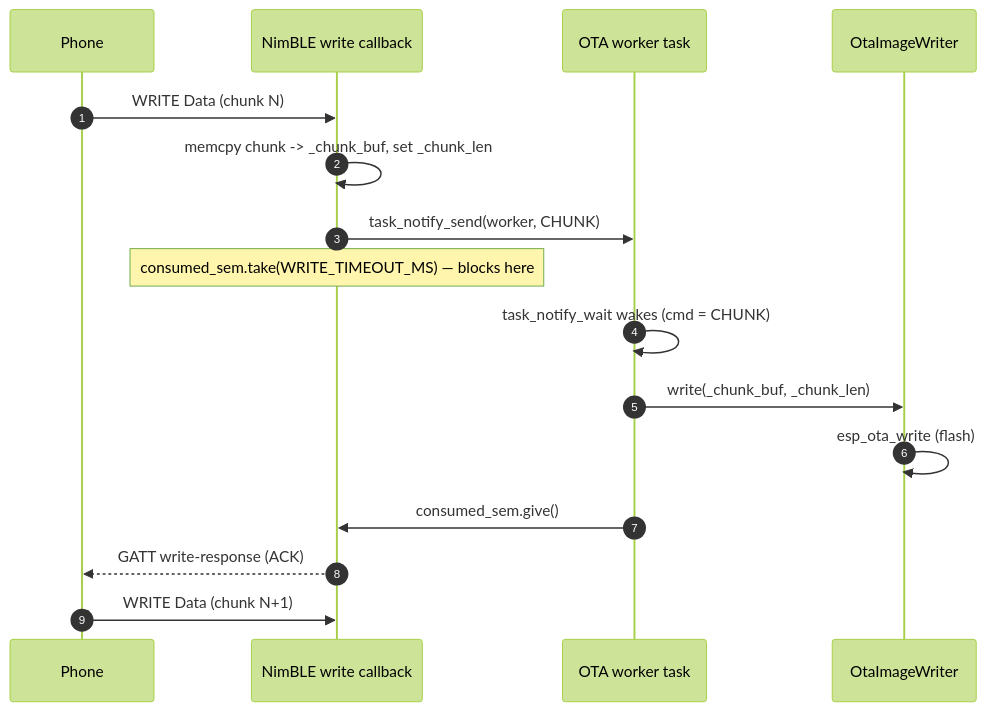
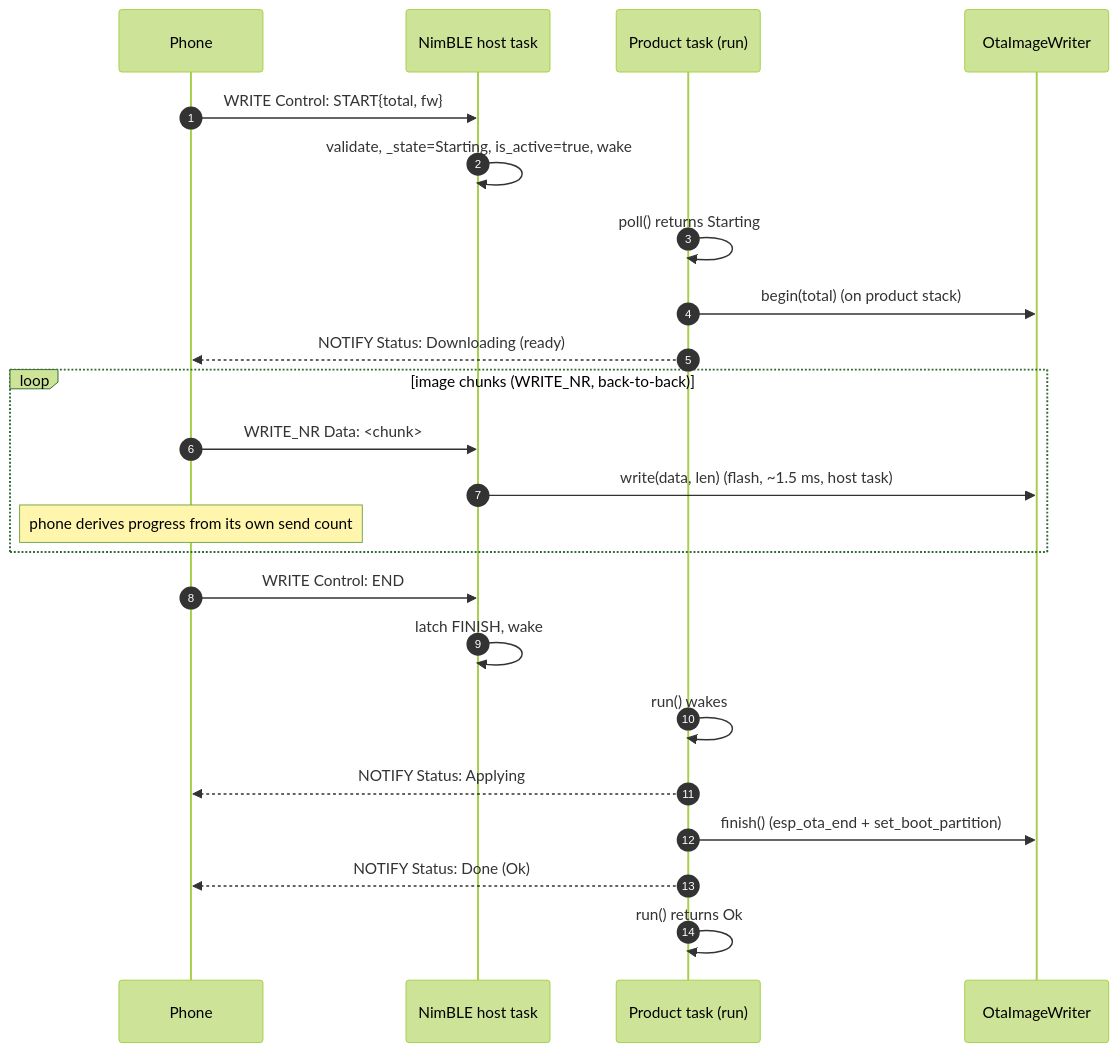
The second of 3 diagrams in components/airgradient-ota/spec-ble.md (mattMRBH/firmware-core), drawn with Mermaid (forest theme) before and after one commit. The commit also changed other lines of this file and 9 other files, not shown here.

````diff
--- a/components/airgradient-ota/spec-ble.md
+++ b/components/airgradient-ota/spec-ble.md
@@ -158,19 +214,26 @@
 ```mermaid
 sequenceDiagram
     autonumber
     participant Ph as Phone
-    participant CB as NimBLE write callback
-    participant WK as OTA worker task
+    participant CB as NimBLE host task
+    participant PT as Product task (run)
     participant W as OtaImageWriter
 
-    Ph->>CB: WRITE Data (chunk N)
-    CB->>CB: memcpy chunk -> _chunk_buf, set _chunk_len
-    CB->>WK: task_notify_send(worker, CHUNK)
-    Note over CB: consumed_sem.take(WRITE_TIMEOUT_MS) — blocks here
-    WK->>WK: task_notify_wait wakes (cmd = CHUNK)
-    WK->>W: write(_chunk_buf, _chunk_len)
-    W->>W: esp_ota_write (flash)
-    WK->>CB: consumed_sem.give()
-    CB-->>Ph: GATT write-response (ACK)
-    Ph->>CB: WRITE Data (chunk N+1)
+    Ph->>CB: WRITE Control: START{total, fw}
+    CB->>CB: validate, _state=Starting, is_active=true, wake
+    PT->>PT: poll() returns Starting
+    PT->>W: begin(total)  (on product stack)
+    PT-->>Ph: NOTIFY Status: Downloading (ready)
+    loop image chunks (WRITE_NR, back-to-back)
+        Ph->>CB: WRITE_NR Data: <chunk>
+        CB->>W: write(data, len)  (flash, ~1.5 ms, host task)
+        Note over Ph: phone derives progress from its own send count
+    end
+    Ph->>CB: WRITE Control: END
+    CB->>CB: latch FINISH, wake
+    PT->>PT: run() wakes
+    PT-->>Ph: NOTIFY Status: Applying
+    PT->>W: finish()  (esp_ota_end + set_boot_partition)
+    PT-->>Ph: NOTIFY Status: Done (Ok)
+    PT->>PT: run() returns Ok
 ```
````
